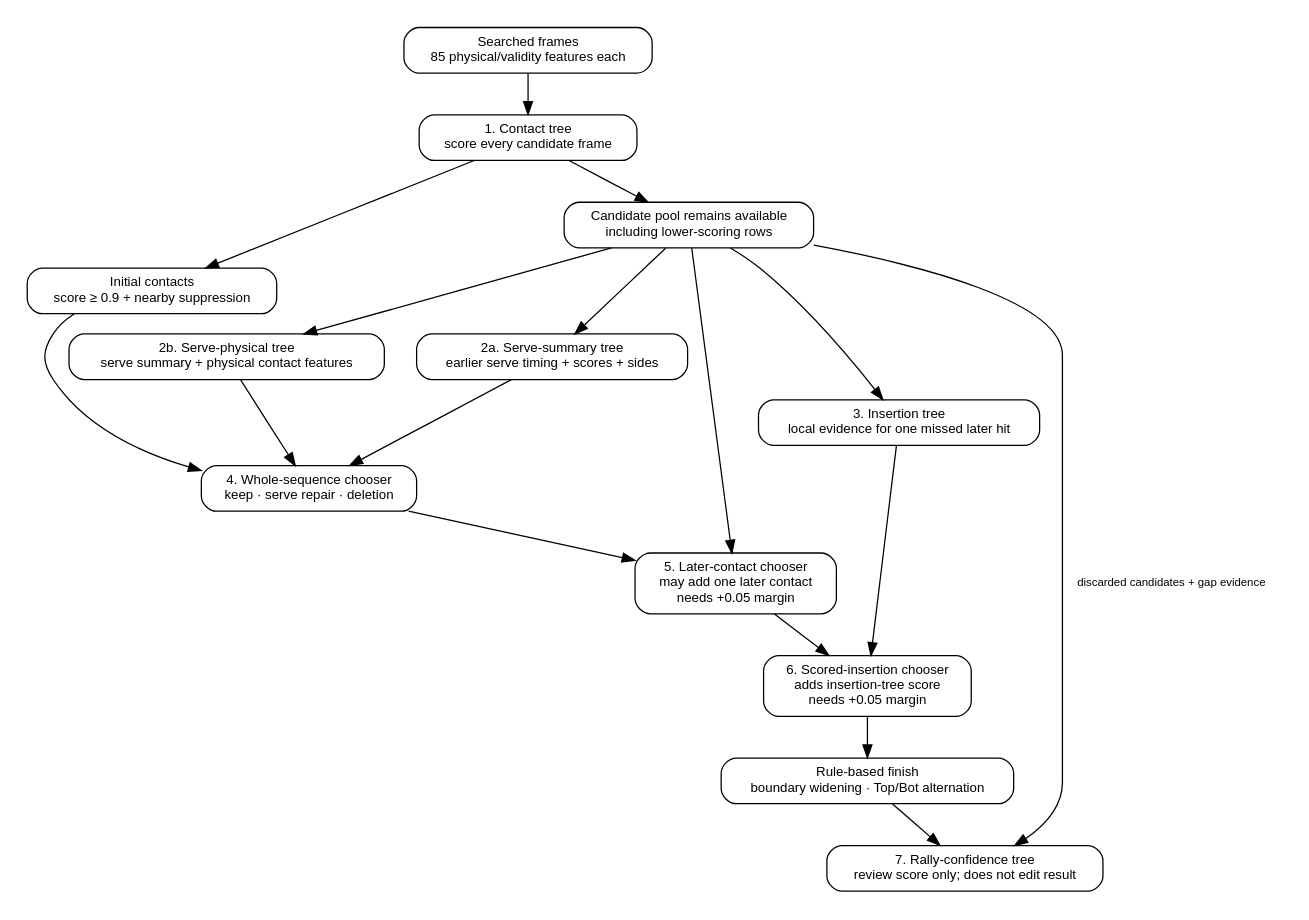
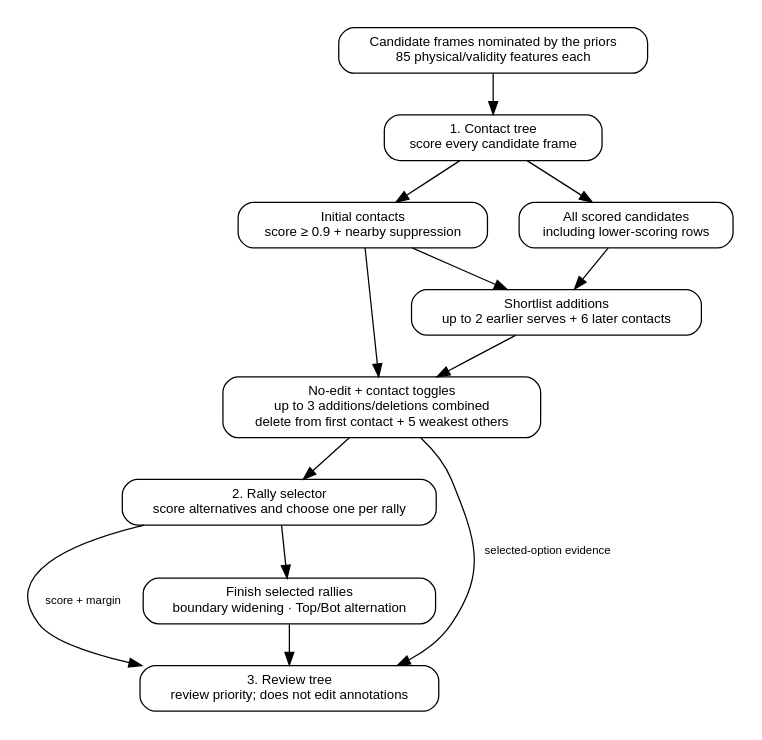
Before and after one commit to ahalp90/badminton_cv_annotator: the diagram in docs/annotator/figures/tree_stack.dot, drawn with Graphviz. The commit also changed 74 other files, not shown here.

First line of the commit message:
Simplify contact preparation and rally corrections

```diff
--- a/docs/annotator/figures/tree_stack.dot
+++ b/docs/annotator/figures/tree_stack.dot
@@ -1,38 +1,27 @@
 digraph tree_stack {
   rankdir=TB;
   graph [fontname="Helvetica", bgcolor="white", pad=0.2, nodesep=0.35, ranksep=0.45];
   node [shape=box, style="rounded,filled", fillcolor="white", color="black", fontcolor="black", fontname="Helvetica", fontsize=10.5, margin="0.12,0.08"];
   edge [color="black", fontcolor="black", fontname="Helvetica", fontsize=9];
 
-  candidates [label="Searched frames\n85 physical/validity features each"];
+  candidates [label="Candidate frames nominated by the priors\n85 physical/validity features each"];
   contact [label="1. Contact tree\nscore every candidate frame"];
   initial [label="Initial contacts\nscore ≥ 0.9 + nearby suppression"];
-  pool [label="Candidate pool remains available\nincluding lower-scoring rows"];
-
-  serve1 [label="2a. Serve-summary tree\nearlier serve timing + scores + sides"];
-  serve2 [label="2b. Serve-physical tree\nserve summary + physical contact features"];
-  insertion [label="3. Insertion tree\nlocal evidence for one missed later hit"];
-
-  whole [label="4. Whole-sequence chooser\nkeep · serve repair · deletion"];
-  later [label="5. Later-contact chooser\nmay add one later contact\nneeds +0.05 margin"];
-  scored [label="6. Scored-insertion chooser\nadds insertion-tree score\nneeds +0.05 margin"];
-  finish [label="Rule-based finish\nboundary widening · Top/Bot alternation"];
-  confidence [label="7. Rally-confidence tree\nreview score only; does not edit result"];
+  pool [label="All scored candidates\nincluding lower-scoring rows"];
+  shortlist [label="Shortlist additions\nup to 2 earlier serves + 6 later contacts"];
+  options [label="No-edit + contact toggles\nup to 3 additions/deletions combined\ndelete from first contact + 5 weakest others"];
+  selector [label="2. Rally selector\nscore alternatives and choose one per rally"];
+  finish [label="Finish selected rallies\nboundary widening · Top/Bot alternation"];
+  review [label="3. Review tree\nreview priority; does not edit annotations"];
 
   candidates -> contact;
   contact -> initial;
   contact -> pool;
-  pool -> serve1;
-  pool -> serve2;
-  pool -> insertion;
-  initial -> whole;
-  serve1 -> whole;
-  serve2 -> whole;
-  whole -> later;
-  pool -> later;
-  later -> scored;
-  insertion -> scored;
-  scored -> finish;
-  finish -> confidence;
-  pool -> confidence [label="discarded candidates + gap evidence"];
+  initial -> shortlist;
+  pool -> shortlist;
+  initial -> options;
+  shortlist -> options;
+  options -> selector -> finish -> review;
+  options -> review [label="selected-option evidence"];
+  selector -> review [label="score + margin"];
 }
```
